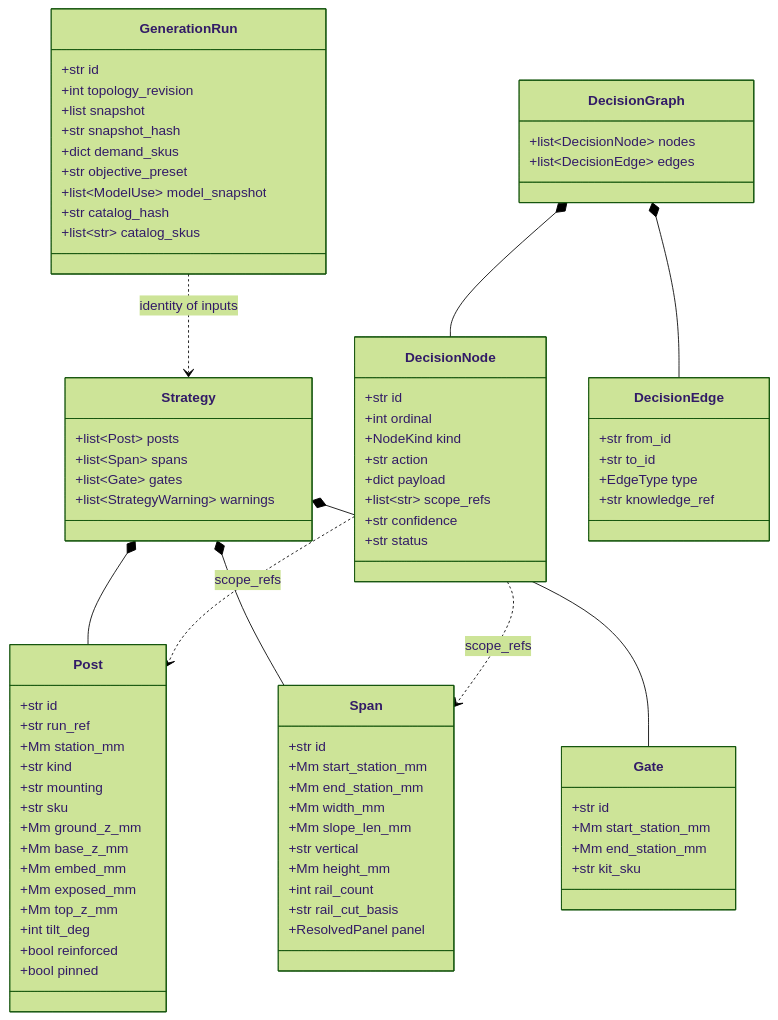
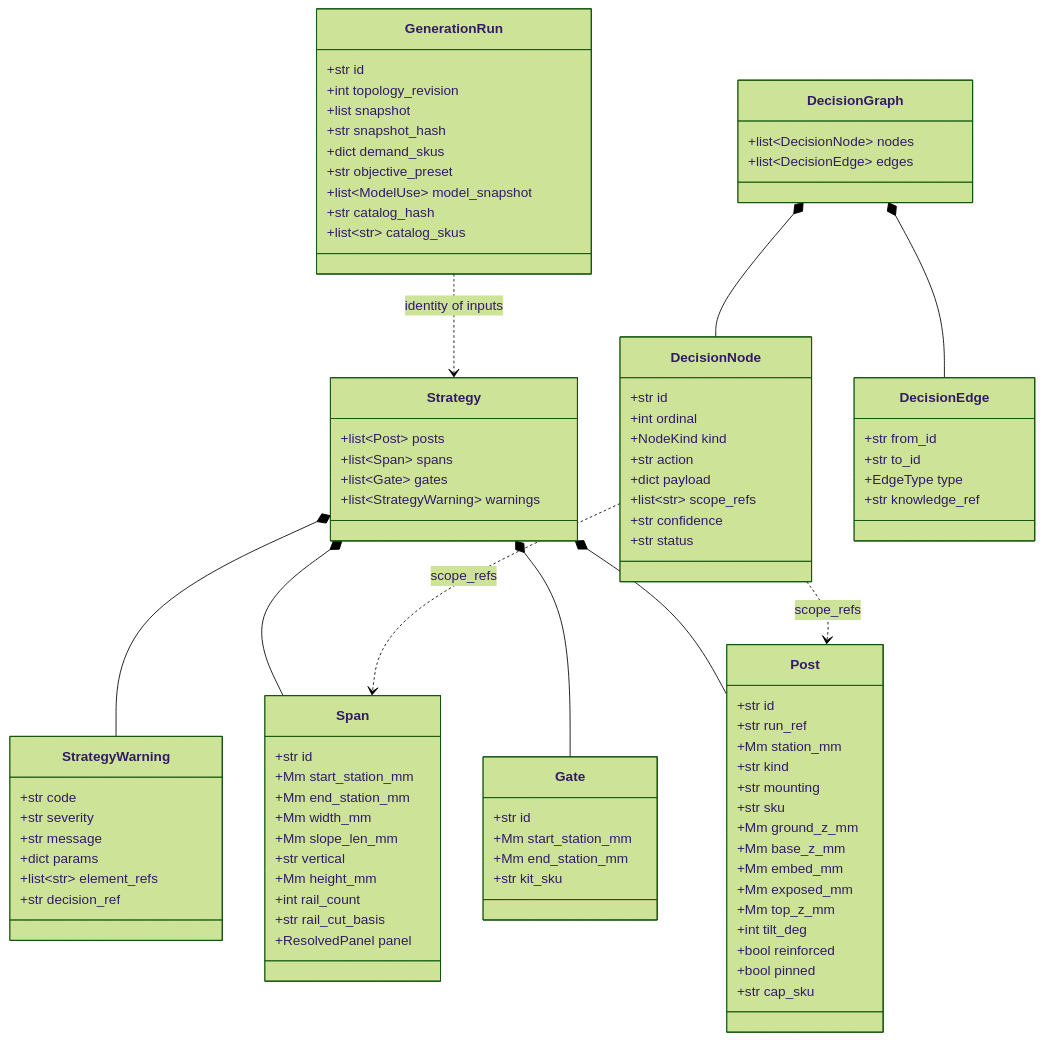
One commit to spicysauce1955-stack/BOM changed the fifth of 8 diagrams in docs/architecture/02-entities.md. Above: the diagram before and after it, drawn with Mermaid (forest theme). The commit also changed other lines of this file and 9 other files, not shown here.

First line of the commit message:
docs(architecture): the two documents that answered a question the map already answered

```diff
--- a/docs/architecture/02-entities.md
+++ b/docs/architecture/02-entities.md
@@ -396,6 +449,7 @@
         +int tilt_deg
         +bool reinforced
         +bool pinned
+        +str cap_sku
     }
     class Span {
         +str id
@@ -414,6 +468,14 @@
         +Mm start_station_mm
         +Mm end_station_mm
         +str kit_sku
+    }
+    class StrategyWarning {
+        +str code
+        +str severity
+        +str message
+        +dict params
+        +list~str~ element_refs
+        +str decision_ref
     }
     class GenerationRun {
         +str id
@@ -450,6 +512,7 @@
     Strategy *-- Post
     Strategy *-- Span
     Strategy *-- Gate
+    Strategy *-- StrategyWarning
     DecisionGraph *-- DecisionNode
     DecisionGraph *-- DecisionEdge
     DecisionNode ..> Post : scope_refs
```
